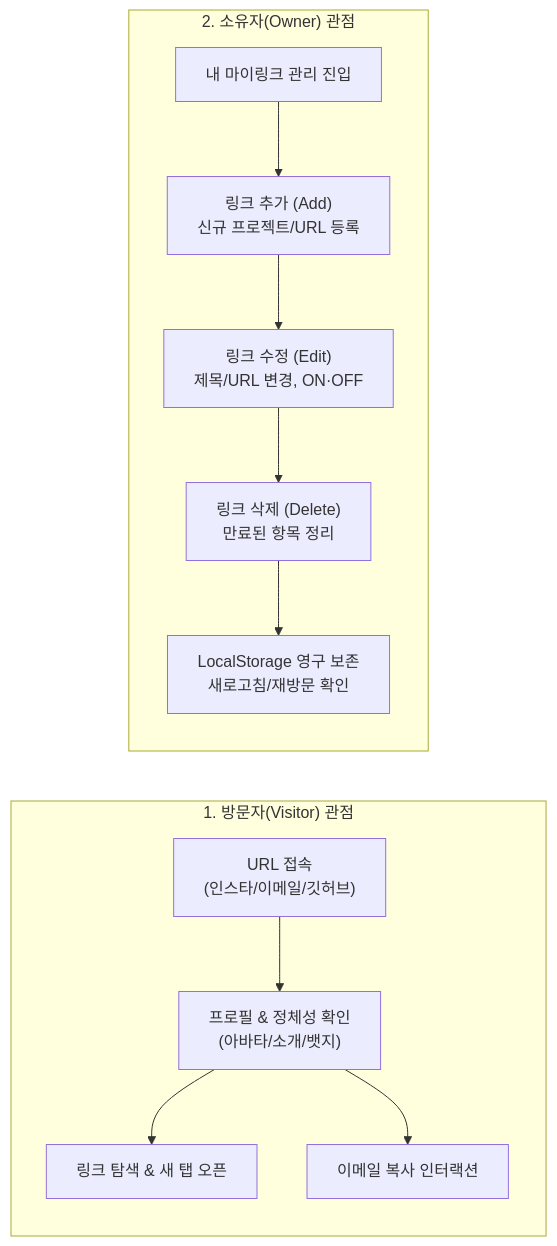
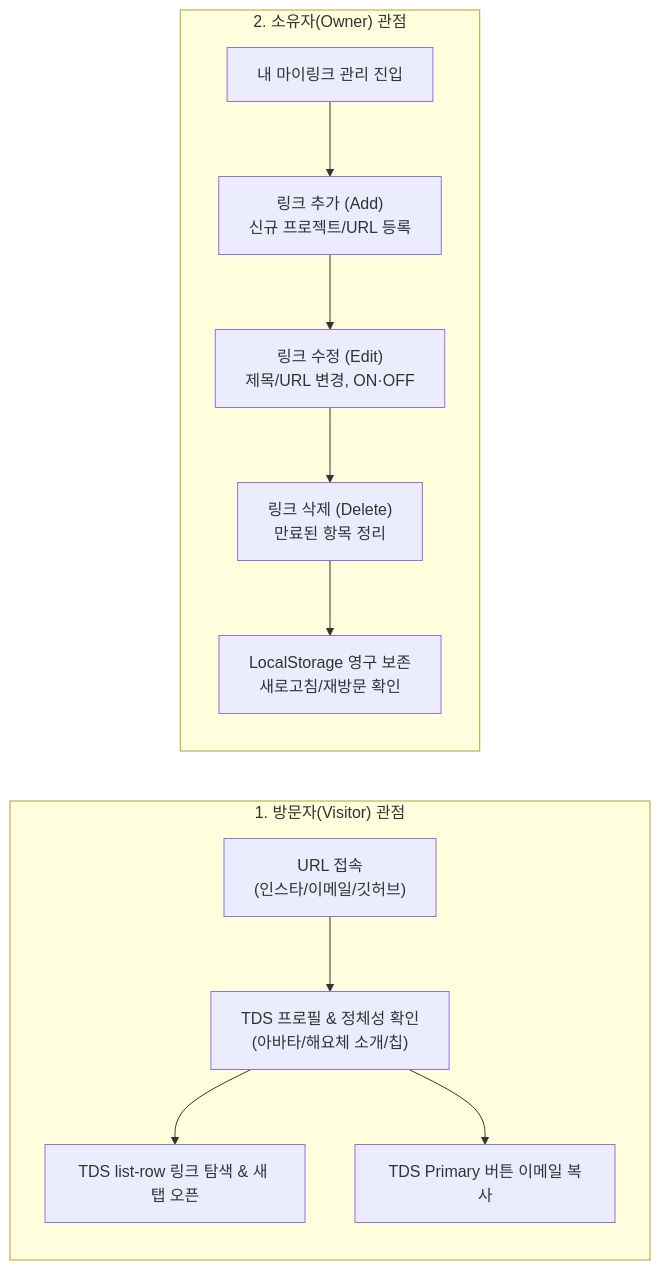
Before and after one commit to seoyeonkim-glitch/my-link-hy: the diagram in docs/PRD.md, drawn with Mermaid. The commit also changed other lines of this file and 2 other files, not shown here.

Commit message:
docs: shadcn/ui 기반 토스 디자인 시스템(TDS) 통합 설계 PRD v1.5.0 업데이트

````diff
--- a/docs/PRD.md
+++ b/docs/PRD.md
@@ -112,15 +141,15 @@
 ```mermaid
 flowchart LR
     subgraph VisitorPerspective ["1. 방문자(Visitor) 관점"]
-        V1["URL 접속<br>(인스타/이메일/깃허브)"] --> V2["프로필 & 정체성 확인<br>(아바타/소개/뱃지)"]
-        V2 --> V3["링크 탐색 & 새 탭 오픈"]
-        V2 --> V4["이메일 복사 인터랙션"]
+        V1["URL 접속<br>(인스타/이메일/깃허브)"] --> V2["TDS 프로필 & 정체성 확인<br>(아바타/해요체 소개/칩)"]
+        V2 --> V3["TDS list-row 링크 탐색 & 새 탭 오픈"]
+        V2 --> V4["TDS Primary 버튼 이메일 복사"]
     end
 
     subgraph OwnerPerspective ["2. 소유자(Owner) 관점"]
         O1["내 마이링크 관리 진입"] --> O2["링크 추가 (Add)<br>신규 프로젝트/URL 등록"]
         O2 --> O3["링크 수정 (Edit)<br>제목/URL 변경, ON·OFF"]
         O3 --> O4["링크 삭제 (Delete)<br>만료된 항목 정리"]
         O4 --> O5["LocalStorage 영구 보존<br>새로고침/재방문 확인"]
     end
 ```
````
